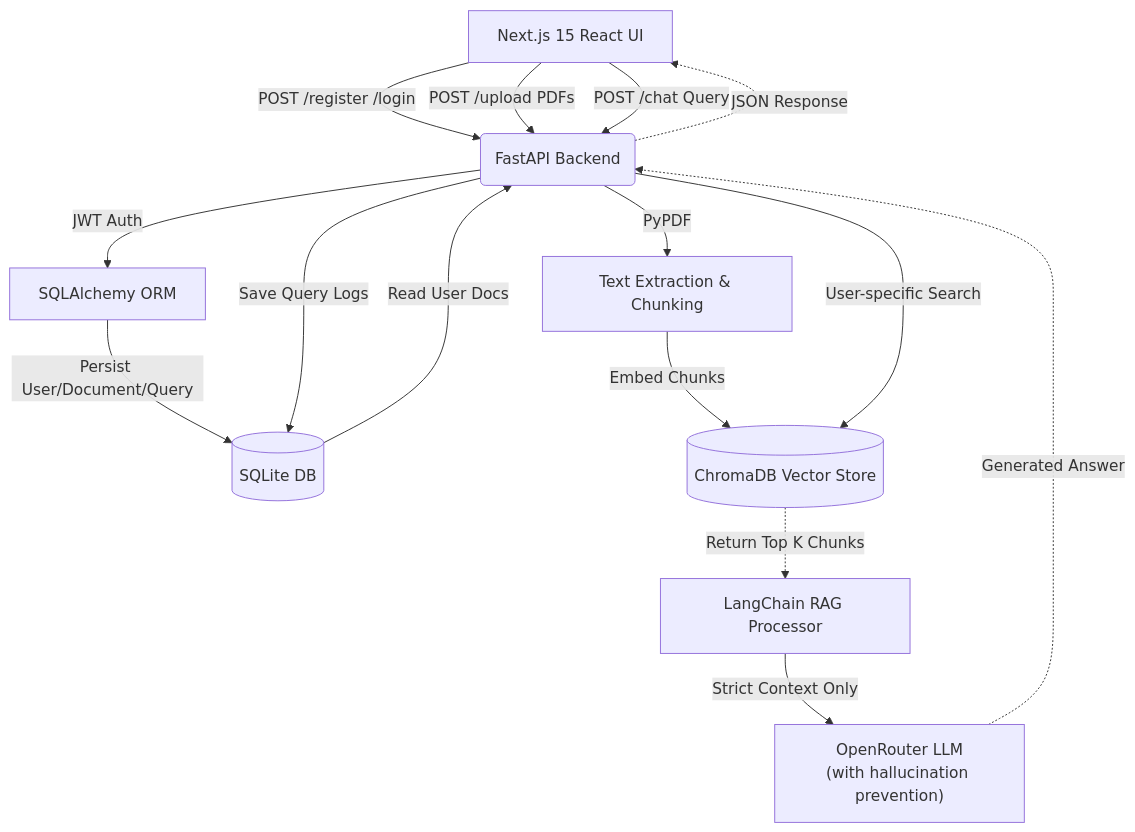
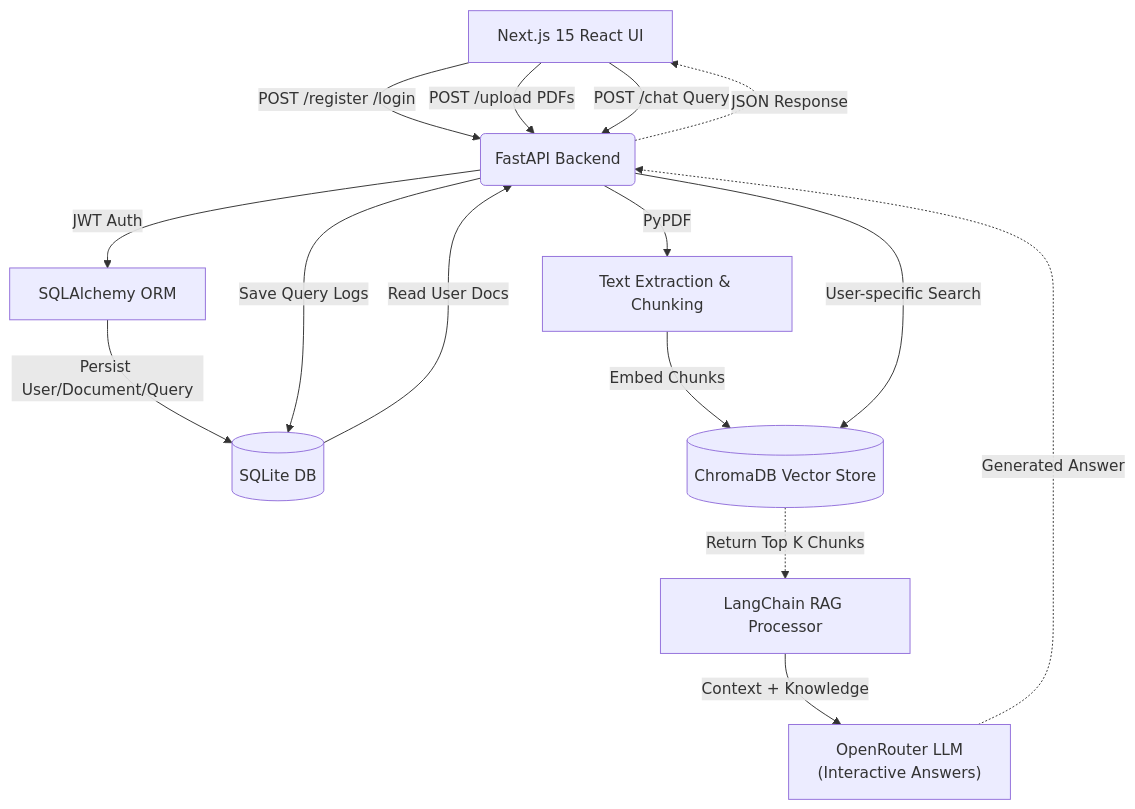
Before and after one commit to AnishaPaturi/AI-pdf-chatbot: the diagram in README.md, drawn with Mermaid. The commit also changed other lines of this file and 1 other file, not shown here.

````diff
--- a/README.md
+++ b/README.md
@@ -59,22 +61,22 @@
 ```mermaid
 graph TD
     A[Next.js 15 React UI] -->|POST /register /login| B(FastAPI Backend)
     A -->|POST /upload PDFs| B
     A -->|POST /chat Query| B
     
     B -->|JWT Auth| C[SQLAlchemy ORM]
     C -->|Persist User/Document/Query| D[(SQLite DB)]
     
     B -->|PyPDF| E[Text Extraction & Chunking]
     E -->|Embed Chunks| F[(ChromaDB Vector Store)]
     
     B -->|User-specific Search| F
     F -.->|Return Top K Chunks| G[LangChain RAG Processor]
     
-    G -->|Strict Context Only| H["OpenRouter LLM<br/>(with hallucination prevention)"]
+    G -->|Context + Knowledge| H["OpenRouter LLM<br/>(Interactive Answers)"]
     H -.->|Generated Answer| B
     B -.->|JSON Response| A
     
     D -->|Read User Docs| B
     B -->|Save Query Logs| D
 ```
````
